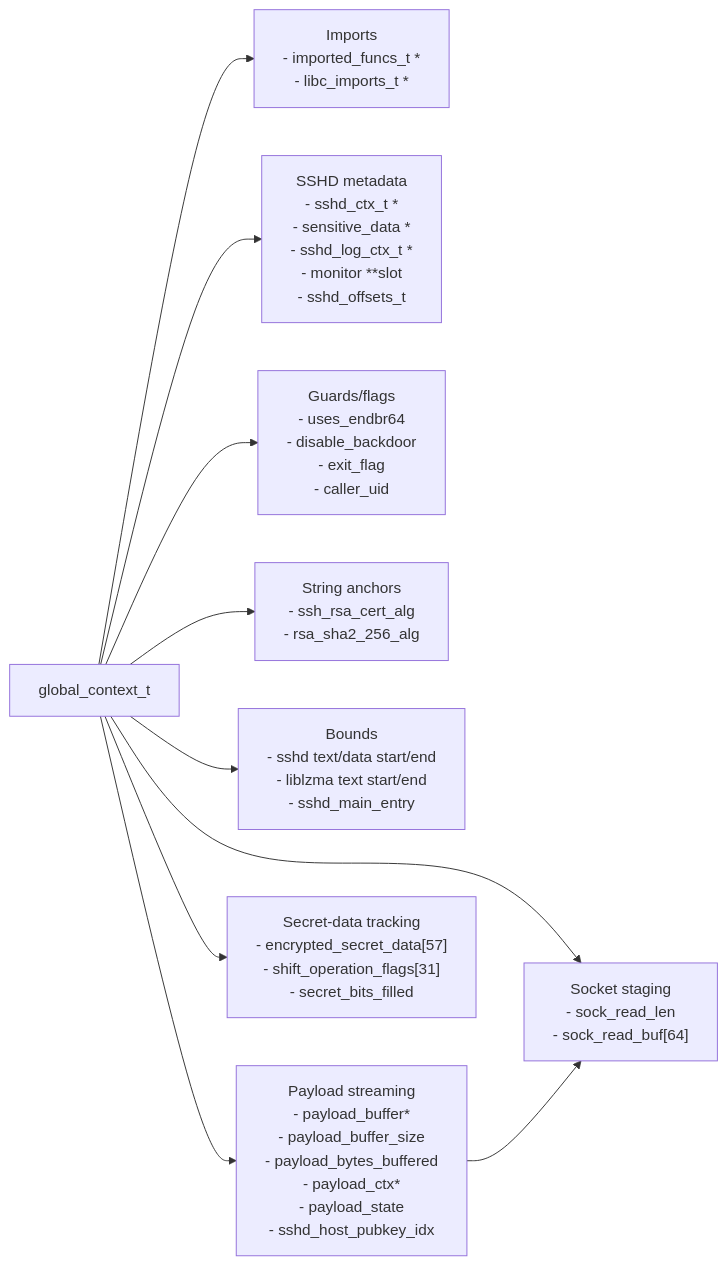
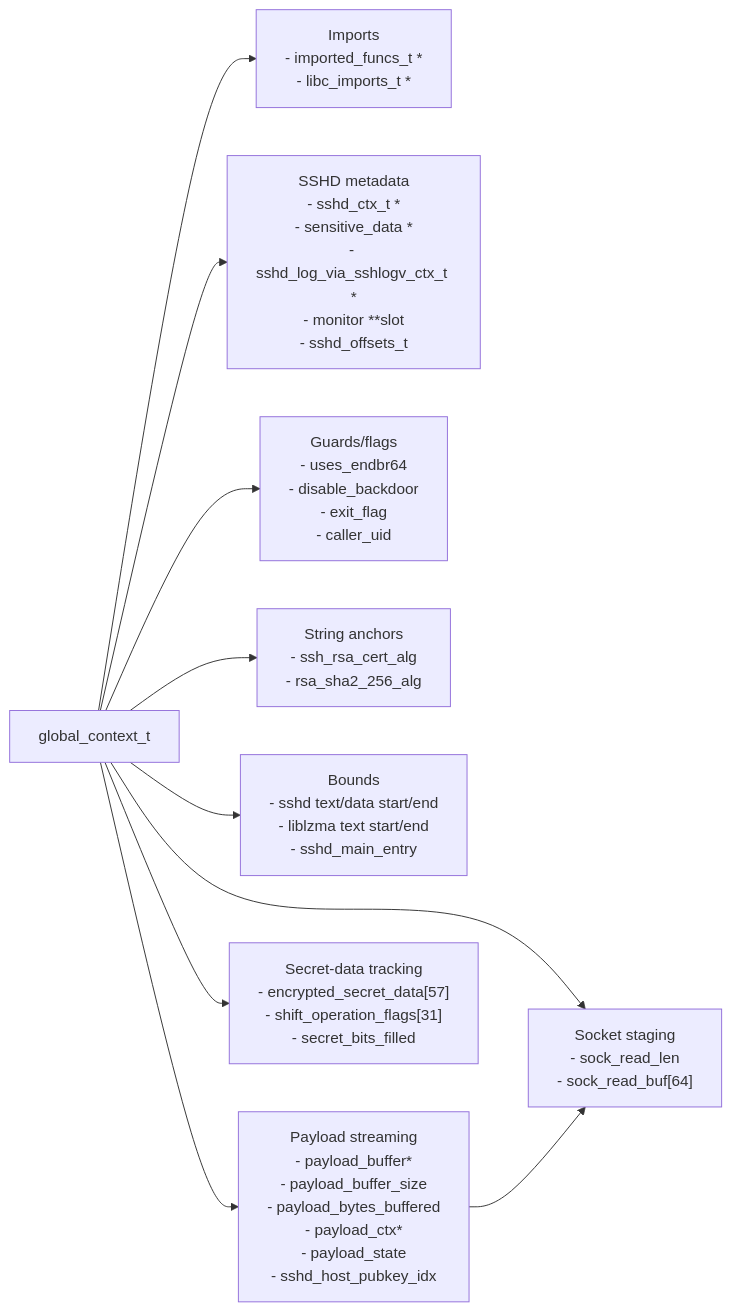
Before and after one commit to vanbako/xzre-ghidra: the seventh of 10 diagrams in docs/backdoor_functionality.md, drawn with Mermaid. The commit also changed other lines of this file and 17 other files, not shown here.

````diff
--- a/docs/backdoor_functionality.md
+++ b/docs/backdoor_functionality.md
@@ -207,22 +207,22 @@
 ```mermaid
 flowchart LR
     global["global_context_t"]
     imports["Imports\n- imported_funcs_t *\n- libc_imports_t *"]
-    sshdmeta["SSHD metadata\n- sshd_ctx_t *\n- sensitive_data *\n- sshd_log_ctx_t *\n- monitor **slot\n- sshd_offsets_t"]
+    sshdmeta["SSHD metadata\n- sshd_ctx_t *\n- sensitive_data *\n- sshd_log_via_sshlogv_ctx_t *\n- monitor **slot\n- sshd_offsets_t"]
     knobs["Guards/flags\n- uses_endbr64\n- disable_backdoor\n- exit_flag\n- caller_uid"]
     strings["String anchors\n- ssh_rsa_cert_alg\n- rsa_sha2_256_alg"]
     bounds["Bounds\n- sshd text/data start/end\n- liblzma text start/end\n- sshd_main_entry"]
     payload["Payload streaming\n- payload_buffer*\n- payload_buffer_size\n- payload_bytes_buffered\n- payload_ctx*\n- payload_state\n- sshd_host_pubkey_idx"]
     sockbuf["Socket staging\n- sock_read_len\n- sock_read_buf[64]"]
     secret["Secret-data tracking\n- encrypted_secret_data[57]\n- shift_operation_flags[31]\n- secret_bits_filled"]
 
     global --> imports
     global --> sshdmeta
     global --> knobs
     global --> strings
     global --> bounds
     global --> payload
     global --> sockbuf
     global --> secret
     payload --> sockbuf
 ```
````
